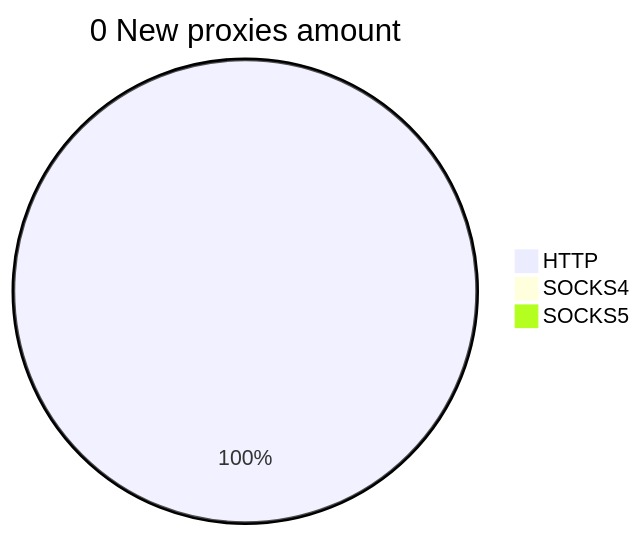
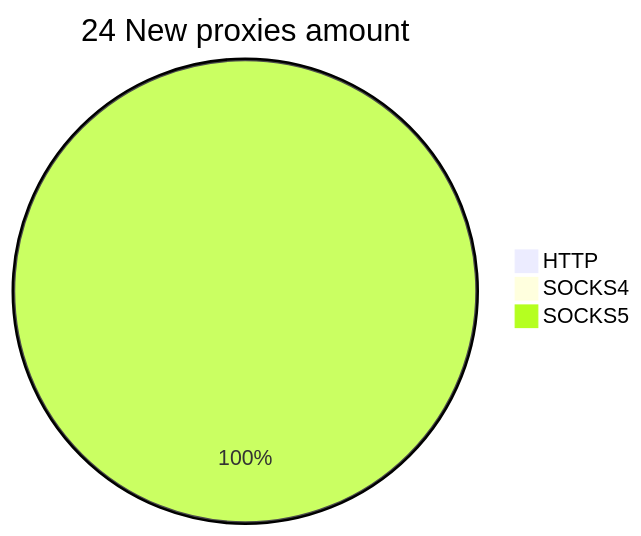
Before and after one commit to cutipu/proxylist: the second of 2 diagrams in README.md, drawn with Mermaid. The commit also changed other lines of this file, not shown here.

````diff
--- a/README.md
+++ b/README.md
@@ -10,6 +10,6 @@
 ```mermaid
-pie title 0 New proxies amount
-    "HTTP" : 1
+pie title 24 New proxies amount
+    "HTTP" : 0
     "SOCKS4" : 0
-    "SOCKS5" : 0
+    "SOCKS5" : 24
 ```
````
